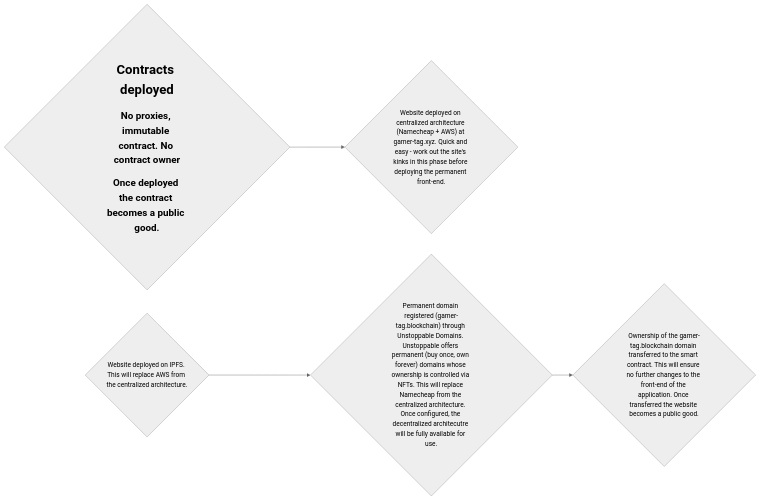
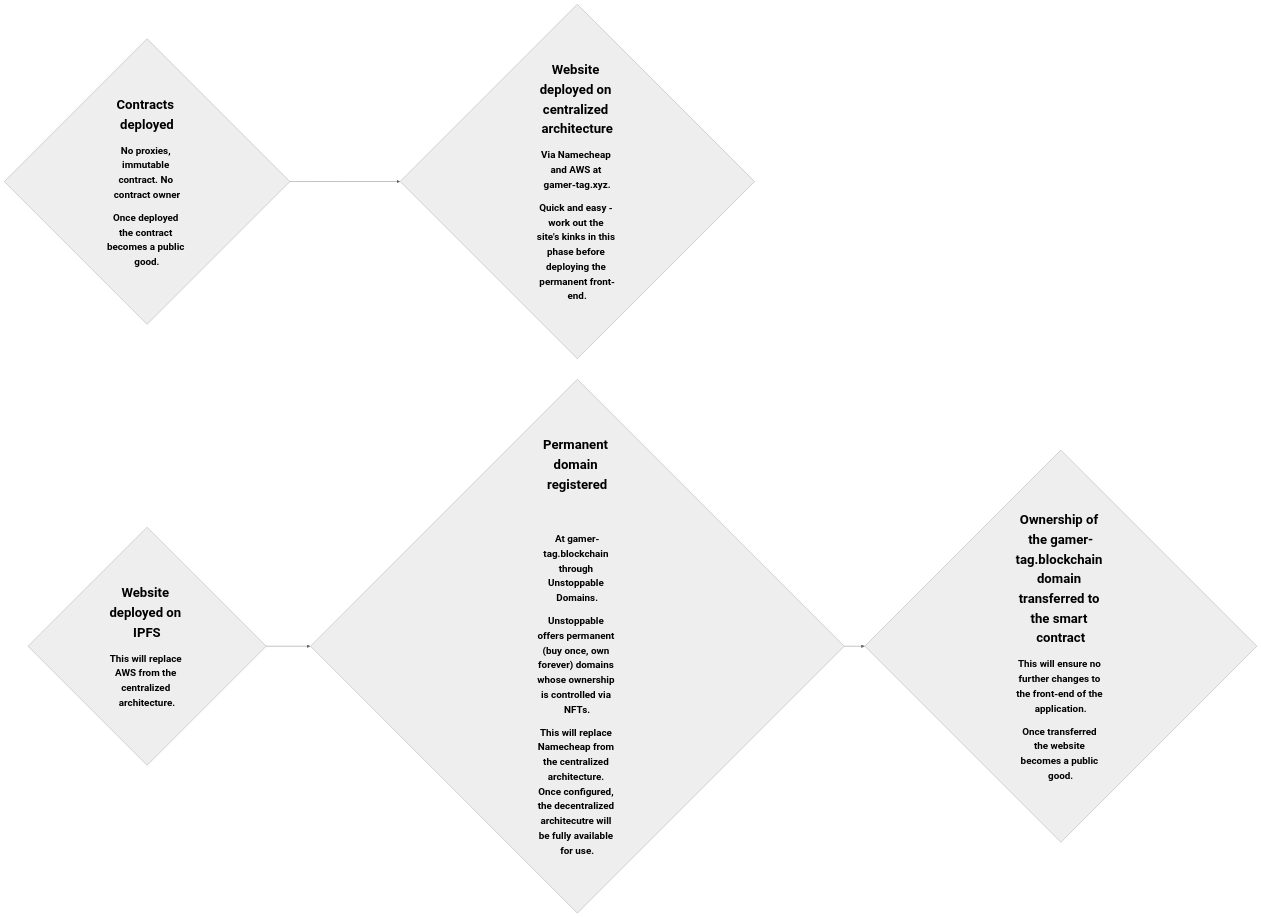
The diagram in README.md (TerryJHarrison/gamer-tag), drawn with Mermaid (neutral theme) before and after one commit.

````diff
--- a/README.md
+++ b/README.md
@@ -9,12 +9,12 @@
 ```mermaid
 flowchart LR
 	A{"<h1>Contracts deployed</h1><h2>No proxies, immutable contract. No contract owner</h2><h2>Once deployed the contract becomes a public good.</h2>"}
-	B{"Website deployed on centralized architecture (Namecheap + AWS) at gamer-tag.xyz. Quick and easy - work out the site's kinks in this phase before deploying the permanent front-end."}
-	C{"Website deployed on IPFS. This will replace AWS from the centralized architecture."}
-	D{"Permanent domain registered (gamer-tag.blockchain) through Unstoppable Domains. Unstoppable offers permanent (buy once, own forever) domains whose ownership is controlled via NFTs. This will replace Namecheap from the centralized architecture. Once configured, the decentralized architecutre will be fully available for use."}
-	E{"Ownership of the gamer-tag.blockchain domain transferred to the smart contract. This will ensure no further changes to the front-end of the application. Once transferred the website becomes a public good."}
+	B{"<h1>Website deployed on centralized architecture</h1><h2>Via Namecheap and AWS at gamer-tag.xyz.</h2><h2>Quick and easy - work out the site's kinks in this phase before deploying the permanent front-end.</h2>"}
+	C{"<h1>Website deployed on IPFS</h1><h2>This will replace AWS from the centralized architecture.</h2>"}
+	D{"<h1>Permanent domain registered<h1> <h2>At gamer-tag.blockchain through Unstoppable Domains.</h2><h2>Unstoppable offers permanent (buy once, own forever) domains whose ownership is controlled via NFTs.</h2><h2>This will replace Namecheap from the centralized architecture. Once configured, the decentralized architecutre will be fully available for use.</h2>"}
+	E{"<h1>Ownership of the gamer-tag.blockchain domain transferred to the smart contract</h1><h2>This will ensure no further changes to the front-end of the application.</h2><h2>Once transferred the website becomes a public good.</h2>"}
 	A --> B
 	C --> D --> E 
 	
 	style A text-size:22px;
 ```
````
